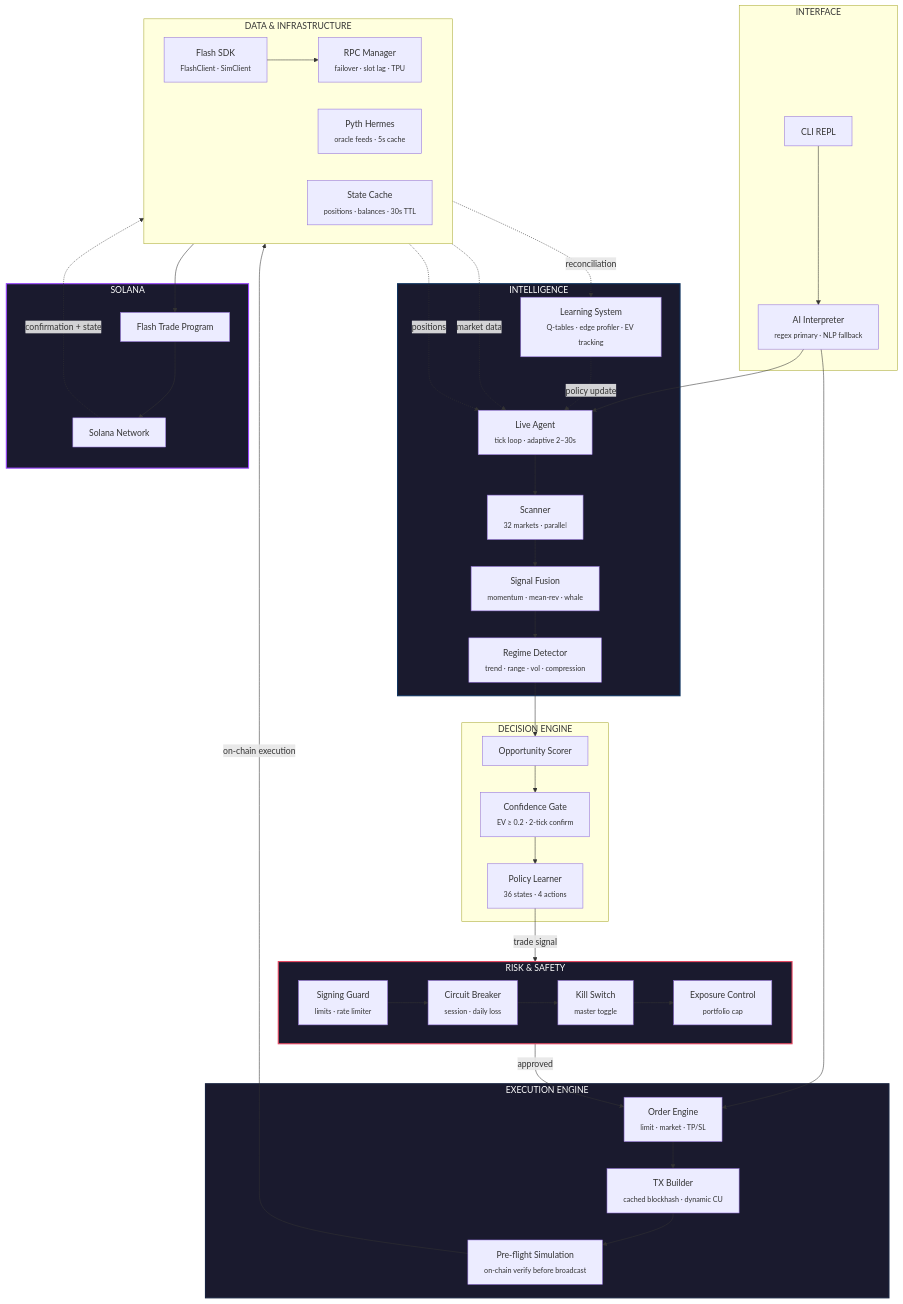
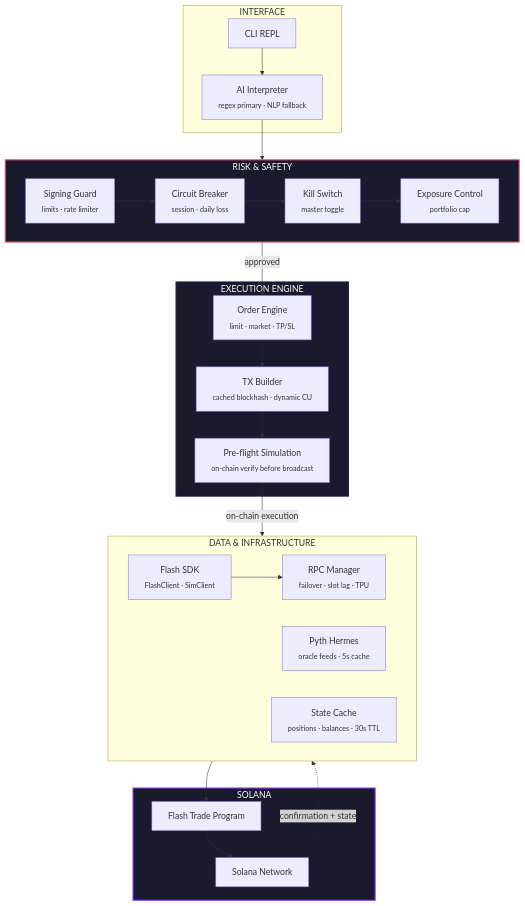
One commit to Abdr007/flash-ai-terminal-docs changed the diagram in guide/architecture.md. Above: the diagram before and after it, drawn with Mermaid. The commit also changed other lines of this file and 10 other files, not shown here.

````diff
--- a/guide/architecture.md
+++ b/guide/architecture.md
@@ -9,20 +9,6 @@
     subgraph INTERFACE["&nbsp; INTERFACE &nbsp;"]
         CLI["CLI REPL"]
         NLP["AI Interpreter<br/><sub>regex primary · NLP fallback</sub>"]
-    end
-
-    subgraph INTELLIGENCE["&nbsp; INTELLIGENCE &nbsp;"]
-        AGENT["Live Agent<br/><sub>tick loop · adaptive 2–30s</sub>"]
-        SCAN["Scanner<br/><sub>32 markets · parallel</sub>"]
-        STRAT["Signal Fusion<br/><sub>momentum · mean-rev · whale</sub>"]
-        REGIME["Regime Detector<br/><sub>trend · range · vol · compression</sub>"]
-        LEARN["Learning System<br/><sub>Q-tables · edge profiler · EV tracking</sub>"]
-    end
-
-    subgraph DECISION["&nbsp; DECISION ENGINE &nbsp;"]
-        SCORE["Opportunity Scorer"]
-        FILTER["Confidence Gate<br/><sub>EV ≥ 0.2 · 2-tick confirm</sub>"]
-        POLICY["Policy Learner<br/><sub>36 states · 4 actions</sub>"]
     end
 
     subgraph RISK["&nbsp; RISK & SAFETY &nbsp;"]
@@ -53,19 +39,7 @@
     end
 
     CLI --> NLP
-    NLP --> AGENT
-    NLP --> ORDER
-
-    PYTH -.->|"market data"| AGENT
-    CACHE -.->|"positions"| AGENT
-    AGENT --> SCAN
-    SCAN --> STRAT
-    STRAT --> REGIME
-    REGIME --> SCORE
-
-    SCORE --> FILTER
-    FILTER --> POLICY
-    POLICY -->|"trade signal"| GUARD
+    NLP --> GUARD
 
     GUARD --> CB
     CB --> KILL
@@ -81,11 +55,8 @@
     FLASH --> SOL
 
     SOL -.->|"confirmation + state"| CACHE
-    CACHE -.->|"reconciliation"| LEARN
-    LEARN -.->|"policy update"| AGENT
 
     style RISK fill:#1a1a2e,stroke:#e94560,stroke-width:2px,color:#fff
-    style INTELLIGENCE fill:#1a1a2e,stroke:#0f3460,stroke-width:2px,color:#fff
     style EXECUTION fill:#1a1a2e,stroke:#16213e,stroke-width:2px,color:#fff
     style CHAIN fill:#1a1a2e,stroke:#9945FF,stroke-width:2px,color:#fff
 ```
````
